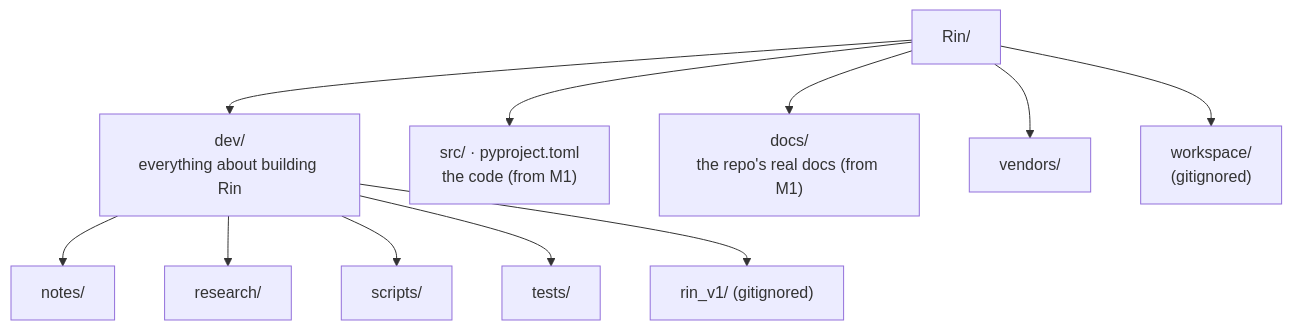
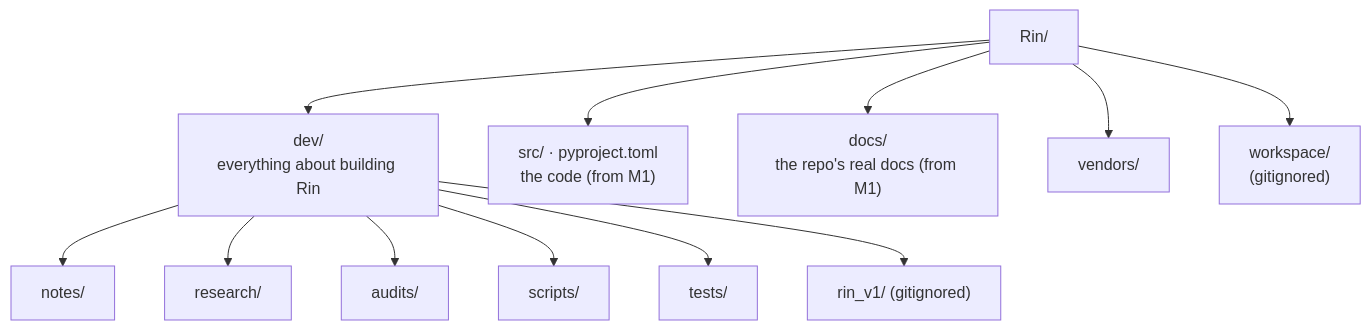
Before and after one commit to cupcakes04/Rin: the second of 2 diagrams in CLAUDE.md, drawn with Mermaid. The commit also changed other lines of this file and 4 other files, not shown here.

````diff
--- a/CLAUDE.md
+++ b/CLAUDE.md
@@ -45,9 +49,9 @@
 ```mermaid
 flowchart TB
     R["Rin/"] --> DEV["dev/<br/>everything about building Rin"]
     R --> SRC["src/ · pyproject.toml<br/>the code (from M1)"]
     R --> DOCS["docs/<br/>the repo's real docs (from M1)"]
     R --> V["vendors/"]
     R --> W["workspace/<br/>(gitignored)"]
-    DEV --> N["notes/"] & RS["research/"] & SC["scripts/"] & T["tests/"] & V1["rin_v1/ (gitignored)"]
+    DEV --> N["notes/"] & RS["research/"] & AU["audits/"] & SC["scripts/"] & T["tests/"] & V1["rin_v1/ (gitignored)"]
 ```
````
